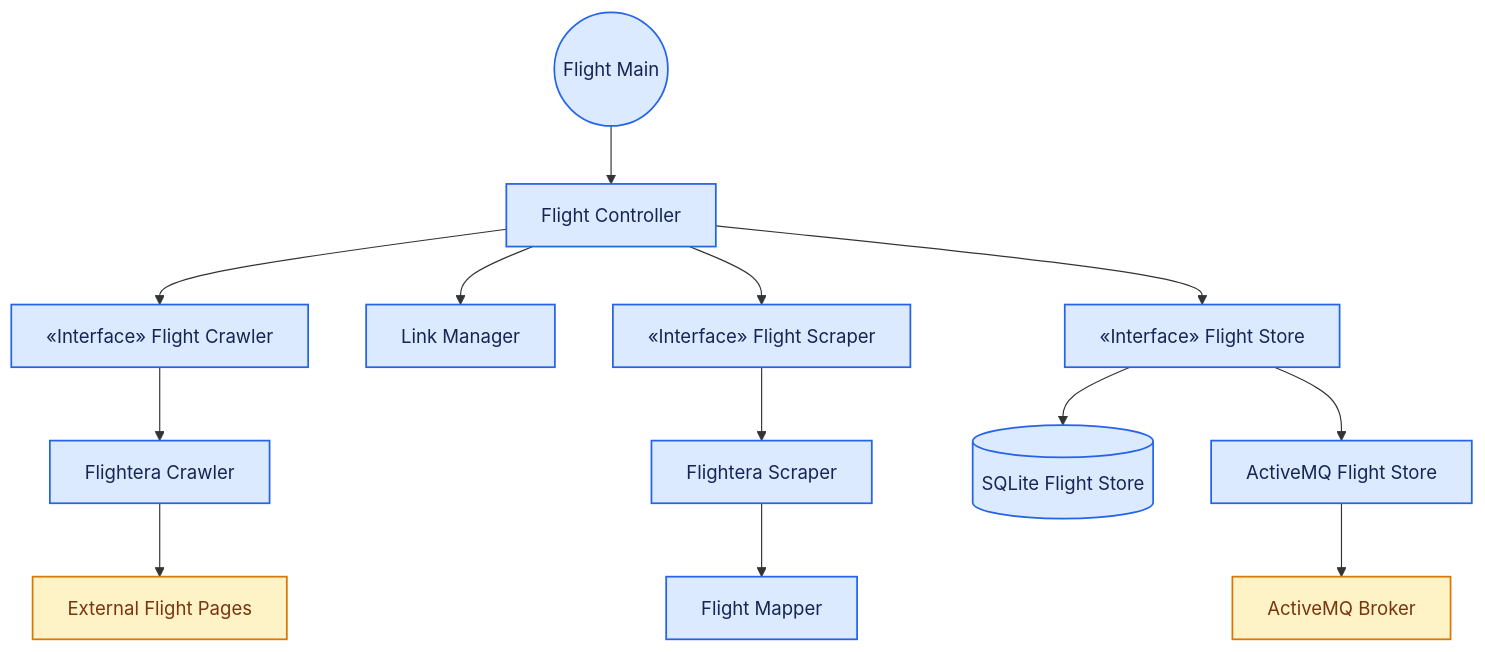
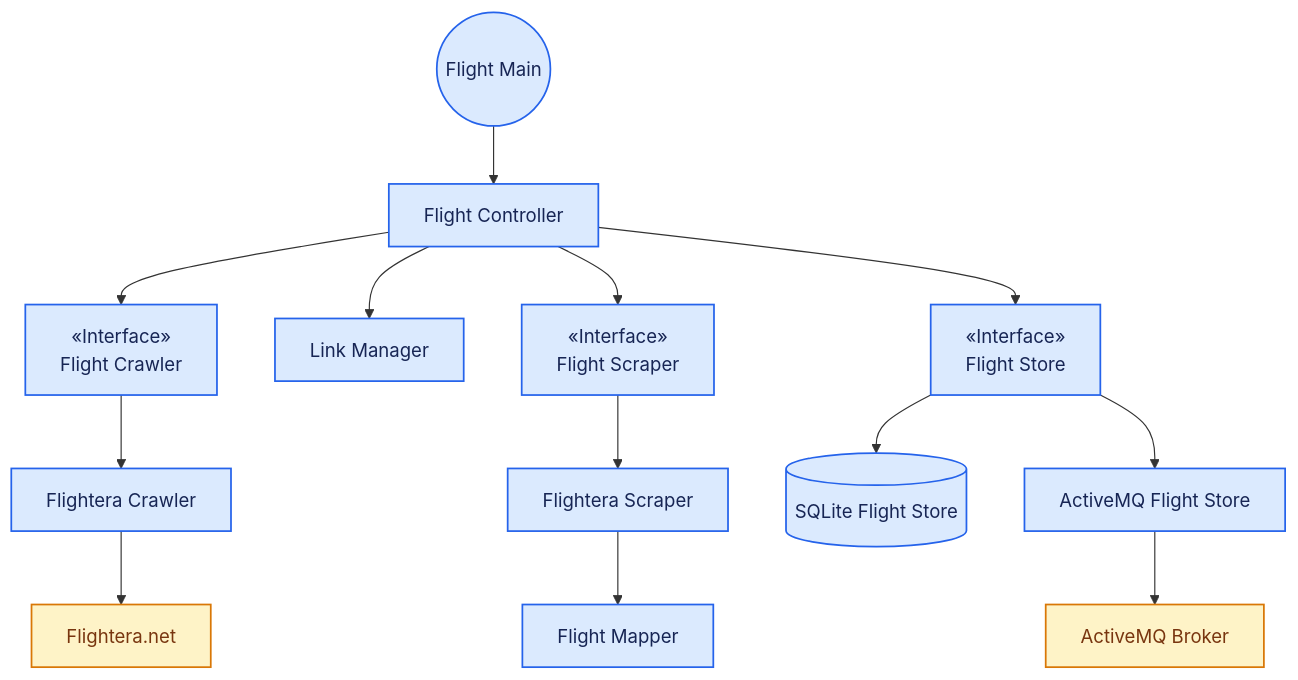
One commit to NoVibesJustCode/sky-delay-forecast changed the third of 5 diagrams in README.md. Above: the diagram before and after it, drawn with Mermaid. The commit also changed other lines of this file, not shown here.

Commit message:
docs: update Event Store Builder diagram

````diff
--- a/README.md
+++ b/README.md
@@ -317,48 +319,52 @@
 ```mermaid
 flowchart TD
   node_flight_main(("Flight Main")):::toneBlue
   node_flight_controller["Flight Controller"]:::toneBlue
-  node_flight_crawler_interface["«Interface» Flight Crawler"]:::toneBlue
+  node_flight_crawler_interface["«Interface» 
+  Flight Crawler"]:::toneBlue
   node_flightera_crawler["Flightera Crawler"]:::toneBlue
   node_link_manager["Link Manager"]:::toneBlue
-  node_flight_scraper_interface["«Interface» Flight Scraper"]:::toneBlue
+  node_flight_scraper_interface["«Interface» 
+  Flight Scraper"]:::toneBlue
   node_flightera_scraper["Flightera Scraper"]:::toneBlue
   node_flight_mapper["Flight Mapper"]:::toneBlue
-  node_flight_store_interface["«Interface» Flight Store"]:::toneBlue
+  node_flight_store_interface["«Interface» 
+  Flight Store"]:::toneBlue
   node_flight_sqlite[("SQLite Flight Store")]:::toneBlue
   node_flight_amq["ActiveMQ Flight Store"]:::toneBlue
-  node_flight_site["External Flight Pages"]:::toneAmber
+  node_flight_site["Flightera.net"]:::toneAmber
   node_amq["ActiveMQ Broker"]:::toneAmber
 
   node_flight_main --> node_flight_controller
   
   %% Controller orchestrating all components
   node_flight_controller --> node_flight_crawler_interface
   node_flight_controller --> node_link_manager
   node_flight_controller --> node_flight_scraper_interface
   node_flight_controller --> node_flight_store_interface
   
   node_flight_crawler_interface --> node_flightera_crawler
   node_flightera_crawler --> node_flight_site
   
   node_flight_scraper_interface --> node_flightera_scraper
   node_flightera_scraper --> node_flight_mapper
   
   node_flight_store_interface --> node_flight_sqlite
   node_flight_store_interface --> node_flight_amq
   node_flight_amq --> node_amq
 
   click node_flight_main "https://github.com/novibesjustcode/sky-delay-forecast/blob/dev/flight-status-feeder/src/main/java/es/ulpgc/dacd/skydelay/flights/Main.java"
   click node_flight_controller "https://github.com/novibesjustcode/sky-delay-forecast/blob/dev/flight-status-feeder/src/main/java/es/ulpgc/dacd/skydelay/flights/control/Controller.java"
   click node_flight_crawler_interface "https://github.com/novibesjustcode/sky-delay-forecast/blob/dev/flight-status-feeder/src/main/java/es/ulpgc/dacd/skydelay/flights/control/FlightCrawler.java"
   click node_flightera_crawler "https://github.com/novibesjustcode/sky-delay-forecast/blob/dev/flight-status-feeder/src/main/java/es/ulpgc/dacd/skydelay/flights/control/FlighteraCrawler.java"
   click node_link_manager "https://github.com/novibesjustcode/sky-delay-forecast/blob/dev/flight-status-feeder/src/main/java/es/ulpgc/dacd/skydelay/flights/control/LinkManager.java"
   click node_flight_scraper_interface "https://github.com/novibesjustcode/sky-delay-forecast/blob/dev/flight-status-feeder/src/main/java/es/ulpgc/dacd/skydelay/flights/control/FlightScraper.java"
   click node_flightera_scraper "https://github.com/novibesjustcode/sky-delay-forecast/blob/dev/flight-status-feeder/src/main/java/es/ulpgc/dacd/skydelay/flights/control/FlighteraScraper.java"
   click node_flight_mapper "https://github.com/novibesjustcode/sky-delay-forecast/blob/dev/flight-status-feeder/src/main/java/es/ulpgc/dacd/skydelay/flights/control/FlightMapper.java"
   click node_flight_sqlite "https://github.com/novibesjustcode/sky-delay-forecast/blob/dev/flight-status-feeder/src/main/java/es/ulpgc/dacd/skydelay/flights/control/SqliteFlightStore.java"
   click node_flight_amq "https://github.com/novibesjustcode/sky-delay-forecast/blob/dev/flight-status-feeder/src/main/java/es/ulpgc/dacd/skydelay/flights/control/ActiveMqFlightStore.java"
+  click node_flight_site "flightera.net"
 
   classDef toneBlue fill:#dbeafe,stroke:#2563eb,stroke-width:1.5px,color:#172554
   classDef toneAmber fill:#fef3c7,stroke:#d97706,stroke-width:1.5px,color:#78350f
 ```
````
